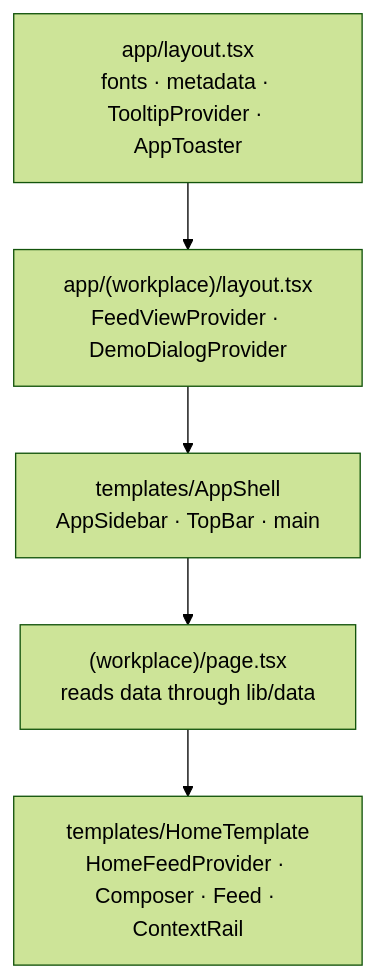
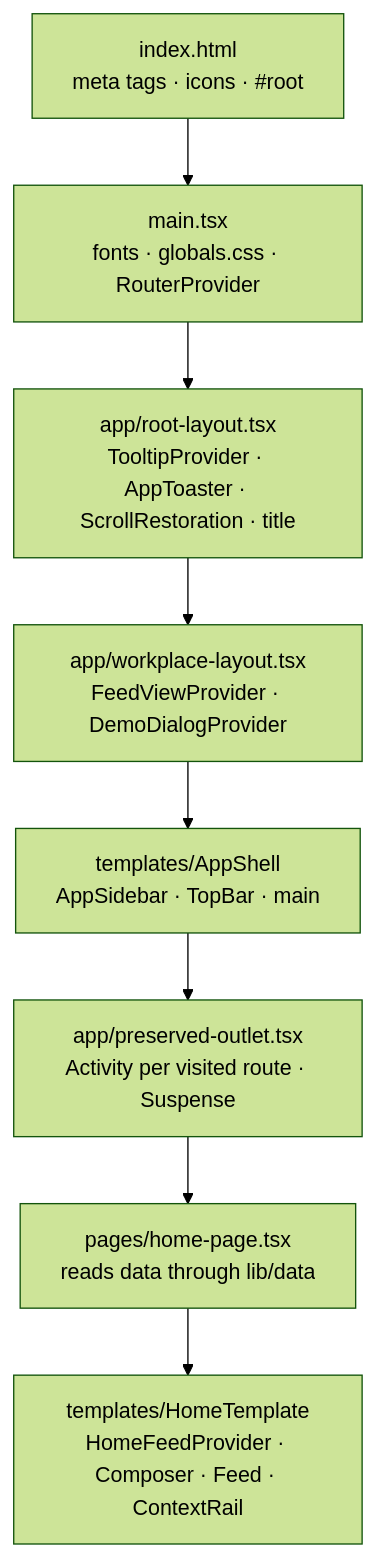
One commit to marizdelasalas/ourigin-frontend changed the diagram in docs/architecture/overview.md. Above: the diagram before and after it, drawn with Mermaid (forest theme). The commit also changed other lines of this file and 110 other files, not shown here.

````diff
--- a/docs/architecture/overview.md
+++ b/docs/architecture/overview.md
@@ -54,9 +56,12 @@
 ```mermaid
 flowchart TD
-  root["app/layout.tsx<br/>fonts · metadata · TooltipProvider · AppToaster"]
-  group["app/(workplace)/layout.tsx<br/>FeedViewProvider · DemoDialogProvider"]
+  html["index.html<br/>meta tags · icons · #root"]
+  main["main.tsx<br/>fonts · globals.css · RouterProvider"]
+  root["app/root-layout.tsx<br/>TooltipProvider · AppToaster · ScrollRestoration · title"]
+  group["app/workplace-layout.tsx<br/>FeedViewProvider · DemoDialogProvider"]
   shell["templates/AppShell<br/>AppSidebar · TopBar · main"]
-  page["(workplace)/page.tsx<br/>reads data through lib/data"]
+  outlet["app/preserved-outlet.tsx<br/>Activity per visited route · Suspense"]
+  page["pages/home-page.tsx<br/>reads data through lib/data"]
   tpl["templates/HomeTemplate<br/>HomeFeedProvider · Composer · Feed · ContextRail"]
-  root --> group --> shell --> page --> tpl
+  html --> main --> root --> group --> shell --> outlet --> page --> tpl
 ```
````
